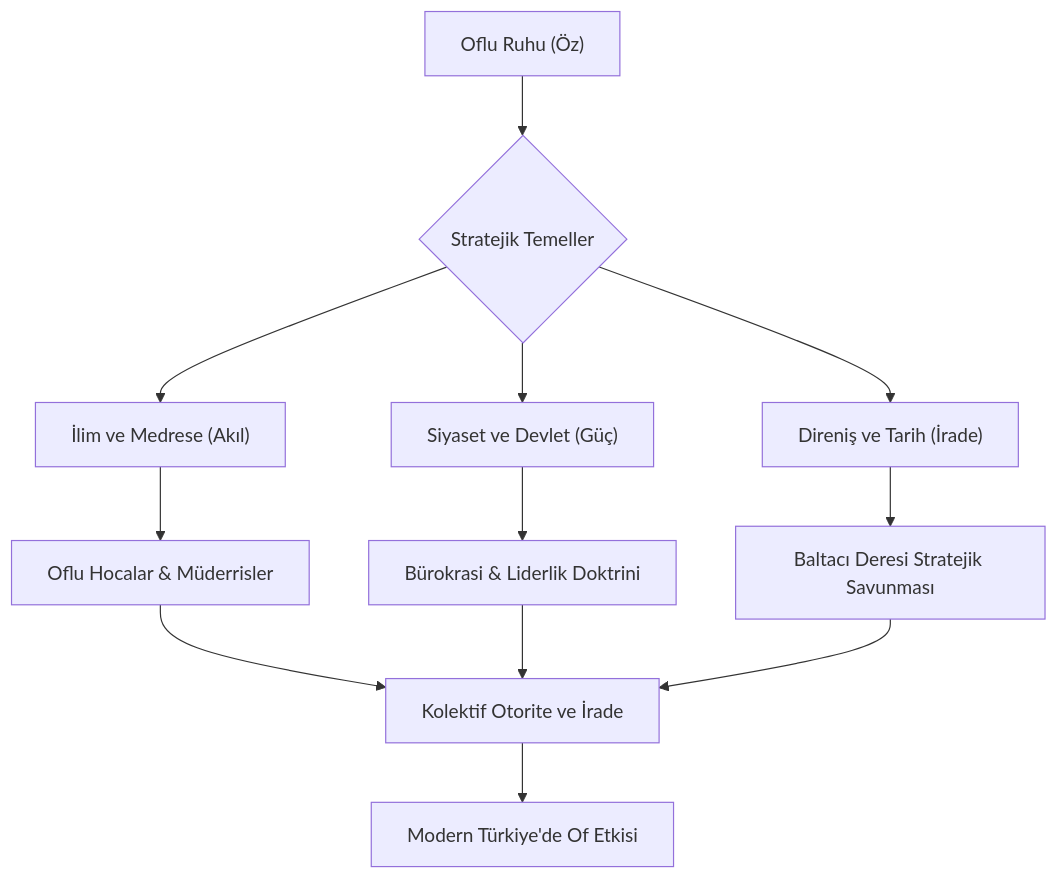
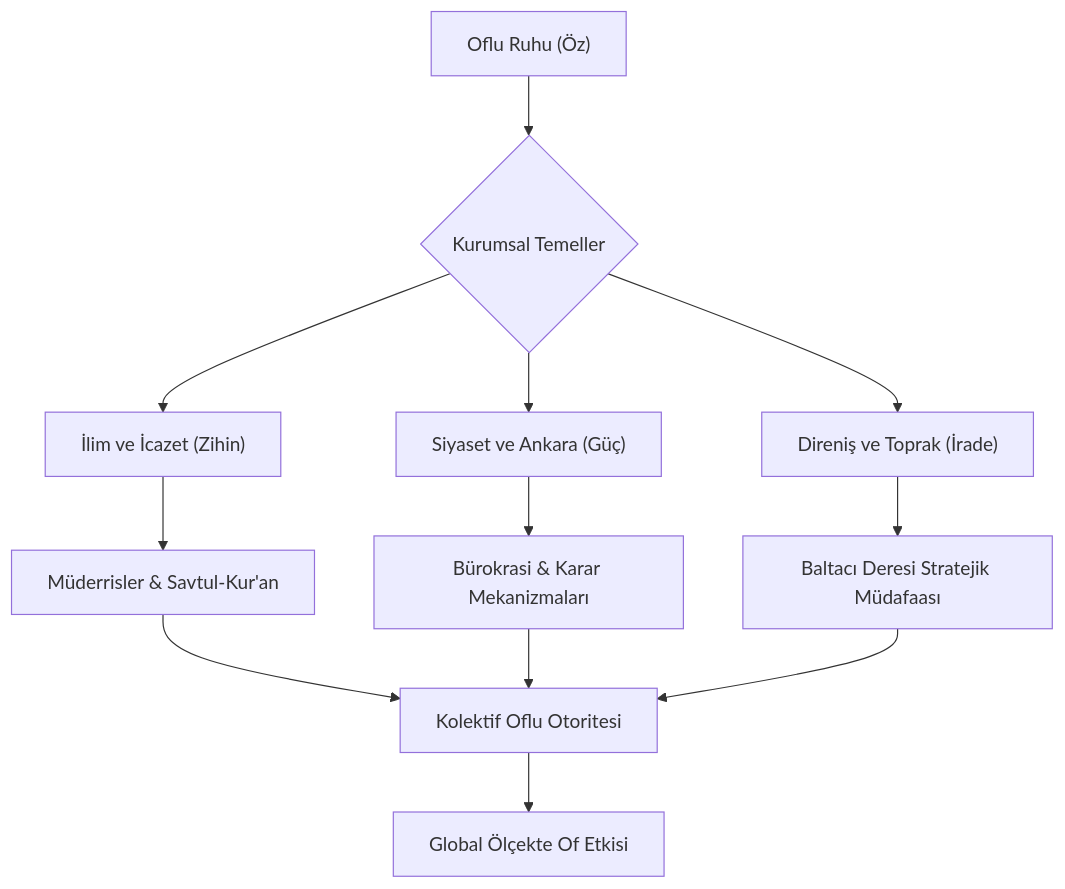
One commit to dijitalseyyah/OF-CODE changed the diagram in README.md. Above: the diagram before and after it, drawn with Mermaid. The commit also changed other lines of this file, not shown here.

````diff
--- a/README.md
+++ b/README.md
@@ -27,14 +26,14 @@
 ```mermaid
 graph TD
-    A["Oflu Ruhu (Öz)"] --> B{"Stratejik Temeller"}
-    B --> C["İlim ve Medrese (Akıl)"]
-    B --> D["Siyaset ve Devlet (Güç)"]
-    B --> E["Direniş ve Tarih (İrade)"]
+    A["Oflu Ruhu (Öz)"] --> B{"Kurumsal Temeller"}
+    B --> C["İlim ve İcazet (Zihin)"]
+    B --> D["Siyaset ve Ankara (Güç)"]
+    B --> E["Direniş ve Toprak (İrade)"]
     
-    C --> F["Oflu Hocalar & Müderrisler"]
-    D --> G["Bürokrasi & Liderlik Doktrini"]
-    E --> H["Baltacı Deresi Stratejik Savunması"]
+    C --> F["Müderrisler & Savtul-Kur'an"]
+    D --> G["Bürokrasi & Karar Mekanizmaları"]
+    E --> H["Baltacı Deresi Stratejik Müdafaası"]
     
-    F & G & H --> I["Kolektif Otorite ve İrade"]
-    I --> J["Modern Türkiye'de Of Etkisi"]
+    F & G & H --> I["Kolektif Oflu Otoritesi"]
+    I --> J["Global Ölçekte Of Etkisi"]
 ```
````
